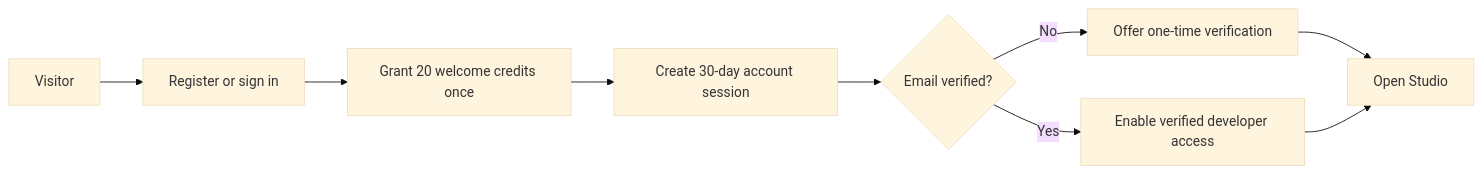
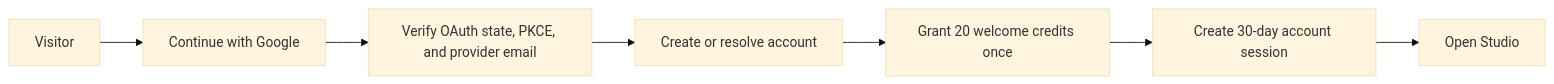
Before and after one commit to Tnsea/qwenimage3: the second of 2 diagrams in PRODUCT.md, drawn with Mermaid (base theme). The commit also changed other lines of this file and 12 other files, not shown here.

````diff
--- a/PRODUCT.md
+++ b/PRODUCT.md
@@ -141,11 +141,9 @@
 ```mermaid
 flowchart LR
-  A[Visitor] --> B[Register or sign in]
-  B --> C[Grant 20 welcome credits once]
-  C --> D[Create 30-day account session]
-  D --> E{Email verified?}
-  E -->|No| F[Offer one-time verification]
-  E -->|Yes| G[Enable verified developer access]
-  F --> H[Open Studio]
-  G --> H
+  A[Visitor] --> B[Continue with Google]
+  B --> C[Verify OAuth state, PKCE, and provider email]
+  C --> D[Create or resolve account]
+  D --> E[Grant 20 welcome credits once]
+  E --> F[Create 30-day account session]
+  F --> G[Open Studio]
 ```
````
